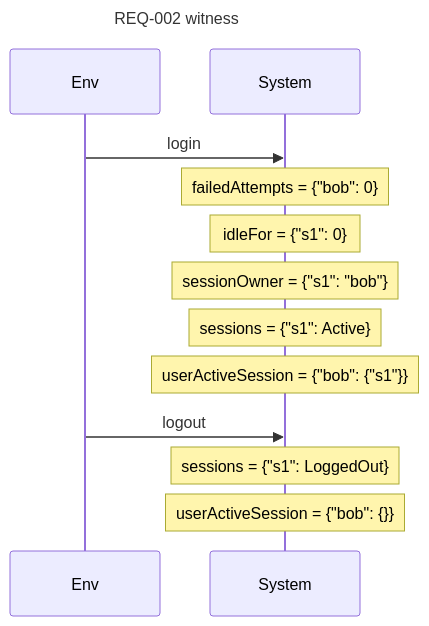
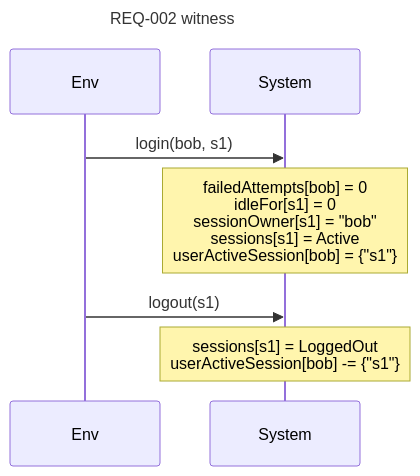
One commit to AlesKracik/quintessence changed the fifth of 9 diagrams in examples/specs/auth.readback.md. Above: the diagram before and after it, drawn with Mermaid. The commit also changed other lines of this file and 17 other files, not shown here.

````diff
--- a/examples/specs/auth.readback.md
+++ b/examples/specs/auth.readback.md
@@ -361,15 +380,10 @@
 ```mermaid
 sequenceDiagram
     title REQ-002 witness
     participant E as Env
     participant S as System
-    E->>S: login
-    Note over S: failedAttempts = {"bob": 0}
-    Note over S: idleFor = {"s1": 0}
-    Note over S: sessionOwner = {"s1": "bob"}
-    Note over S: sessions = {"s1": Active}
-    Note over S: userActiveSession = {"bob": {"s1"}}
-    E->>S: logout
-    Note over S: sessions = {"s1": LoggedOut}
-    Note over S: userActiveSession = {"bob": {}}
+    E->>S: login(bob, s1)
+    Note over S: failedAttempts[bob] = 0<br/>idleFor[s1] = 0<br/>sessionOwner[s1] = "bob"<br/>sessions[s1] = Active<br/>userActiveSession[bob] = {"s1"}
+    E->>S: logout(s1)
+    Note over S: sessions[s1] = LoggedOut<br/>userActiveSession[bob] -= {"s1"}
 ```
````
